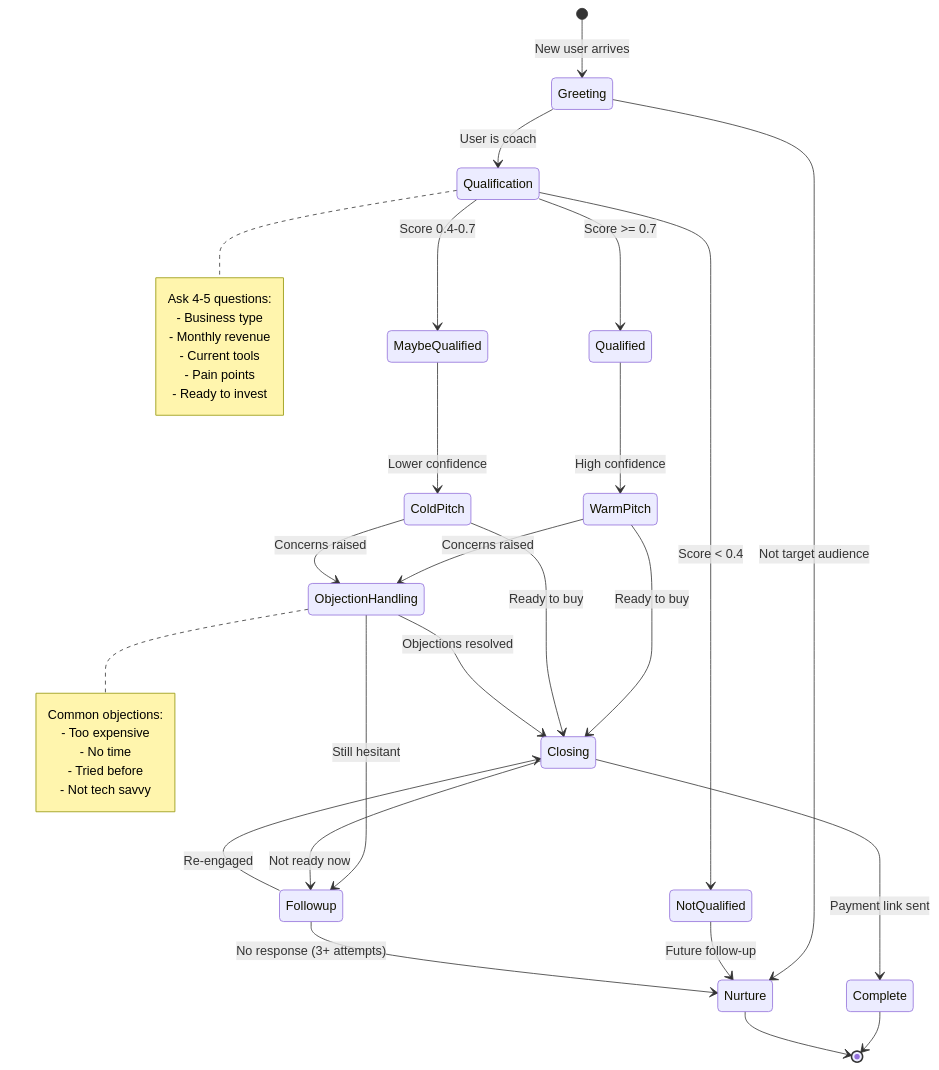
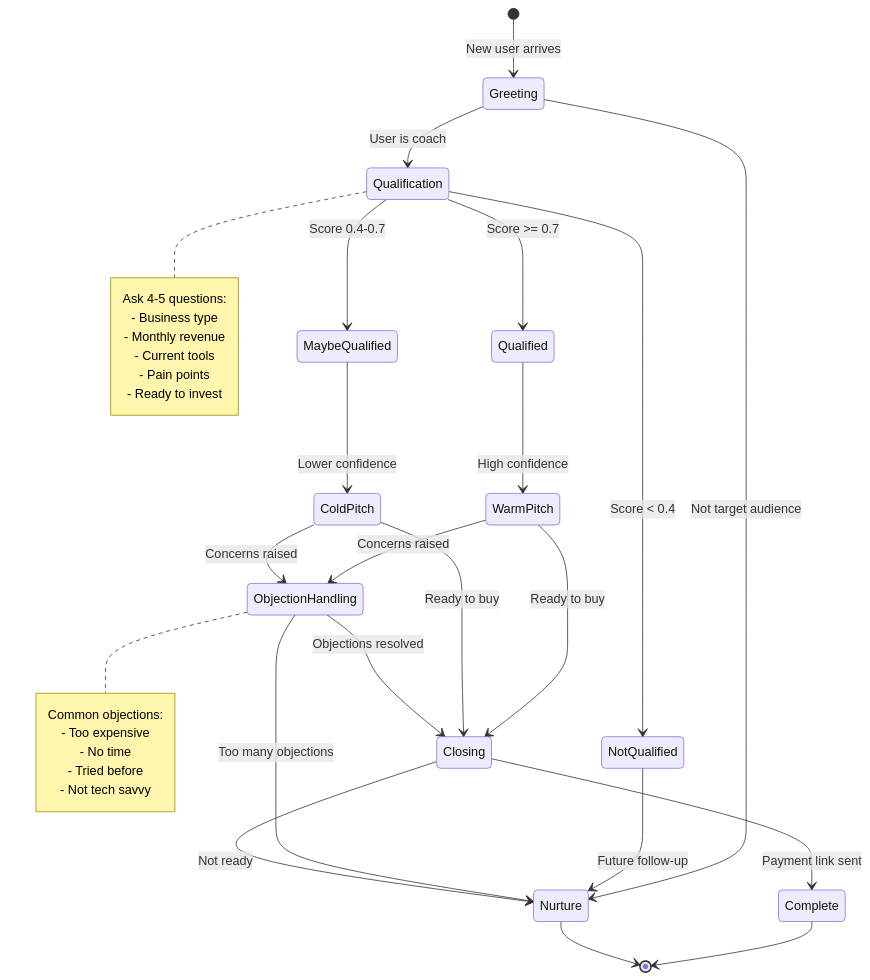
The fourth of 23 diagrams in limitlessos/ARCHITECTURE_DIAGRAMS.md (blockvoltcr7/langgraph-supervisors), drawn with Mermaid before and after one commit. The commit also changed other lines of this file and 17 other files, not shown here.

````diff
--- a/limitlessos/ARCHITECTURE_DIAGRAMS.md
+++ b/limitlessos/ARCHITECTURE_DIAGRAMS.md
@@ -172,50 +151,47 @@
 ```mermaid
 stateDiagram-v2
     [*] --> Greeting: New user arrives
     
     Greeting --> Qualification: User is coach
     Greeting --> Nurture: Not target audience
     
     Qualification --> Qualified: Score >= 0.7
     Qualification --> NotQualified: Score < 0.4
     Qualification --> MaybeQualified: Score 0.4-0.7
     
     Qualified --> WarmPitch: High confidence
     MaybeQualified --> ColdPitch: Lower confidence
     NotQualified --> Nurture: Future follow-up
     
     WarmPitch --> ObjectionHandling: Concerns raised
     WarmPitch --> Closing: Ready to buy
     
     ColdPitch --> ObjectionHandling: Concerns raised
     ColdPitch --> Closing: Ready to buy
     
     ObjectionHandling --> Closing: Objections resolved
-    ObjectionHandling --> Followup: Still hesitant
+    ObjectionHandling --> Nurture: Too many objections
     
     Closing --> Complete: Payment link sent
-    Closing --> Followup: Not ready now
-    
-    Followup --> Closing: Re-engaged
-    Followup --> Nurture: No response (3+ attempts)
+    Closing --> Nurture: Not ready
     
     Complete --> [*]
     Nurture --> [*]
     
     note right of Qualification
         Ask 4-5 questions:
         - Business type
         - Monthly revenue
         - Current tools
         - Pain points
         - Ready to invest
     end note
     
     note right of ObjectionHandling
         Common objections:
         - Too expensive
         - No time
         - Tried before
         - Not tech savvy
     end note
 ```
````
